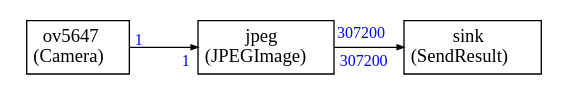
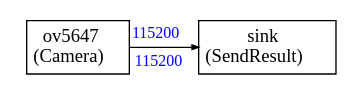
One commit to xavierbrgt/Seeed_Grove_Vision_AI_Module_V2 changed the diagram in EPII_CM55M_APP_S/app/scenario_app/cmsis_stream_app/pre_schedule_cv.dot. Above: the diagram before and after it, drawn with Graphviz. The commit also changed 11 other files, not shown here.

```diff
--- a/EPII_CM55M_APP_S/app/scenario_app/cmsis_stream_app/pre_schedule_cv.dot
+++ b/EPII_CM55M_APP_S/app/scenario_app/cmsis_stream_app/pre_schedule_cv.dot
@@ -1,49 +1,36 @@
 
 
 
 
 digraph structs {
     bgcolor = "white"
     node [shape=plaintext,color="black",fontcolor="black",fontname="Times-Roman"]
     rankdir=LR
     edge [arrowsize="0.5",color="black",fontcolor="black",fontname="Times-Roman"]
 
 
 
 ov5647 [label=<
 <TABLE color="black" bgcolor="none" BORDER="0" CELLBORDER="1" CELLSPACING="0" CELLPADDING="4">
   <TR>
     <TD ALIGN="CENTER" PORT="i"><FONT COLOR="black" POINT-SIZE="14.0">ov5647<BR/>(Camera)</FONT></TD>
   </TR>
 </TABLE>>];
 
-jpeg [label=<
-<TABLE color="black" bgcolor="none" BORDER="0" CELLBORDER="1" CELLSPACING="0" CELLPADDING="4">
-  <TR>
-    <TD ALIGN="CENTER" PORT="i"><FONT COLOR="black" POINT-SIZE="14.0">jpeg<BR/>(JPEGImage)</FONT></TD>
-  </TR>
-</TABLE>>];
-
 sink [label=<
 <TABLE color="black" bgcolor="none" BORDER="0" CELLBORDER="1" CELLSPACING="0" CELLPADDING="4">
   <TR>
     <TD ALIGN="CENTER" PORT="i"><FONT COLOR="black" POINT-SIZE="14.0">sink<BR/>(SendResult)</FONT></TD>
   </TR>
 </TABLE>>];
 
 
 
-ov5647:i -> jpeg:i [style="solid",color="black",label=""
-,headlabel=<<TABLE BORDER="0" CELLPADDING="2"><TR><TD><FONT COLOR="blue" POINT-SIZE="12.0" >1</FONT>
+ov5647:i -> sink:i [style="solid",color="black",label=""
+,headlabel=<<TABLE BORDER="0" CELLPADDING="2"><TR><TD><FONT COLOR="blue" POINT-SIZE="12.0" >115200</FONT>
 </TD></TR></TABLE>>
-,taillabel=<<TABLE BORDER="0" CELLPADDING="2"><TR><TD><FONT COLOR="blue" POINT-SIZE="12.0" >1</FONT>
-</TD></TR></TABLE>>]
-
-jpeg:i -> sink:i [style="solid",color="black",label=""
-,headlabel=<<TABLE BORDER="0" CELLPADDING="2"><TR><TD><FONT COLOR="blue" POINT-SIZE="12.0" >307200</FONT>
-</TD></TR></TABLE>>
-,taillabel=<<TABLE BORDER="0" CELLPADDING="2"><TR><TD><FONT COLOR="blue" POINT-SIZE="12.0" >307200</FONT>
+,taillabel=<<TABLE BORDER="0" CELLPADDING="2"><TR><TD><FONT COLOR="blue" POINT-SIZE="12.0" >115200</FONT>
 </TD></TR></TABLE>>]
 
 
 }
```
